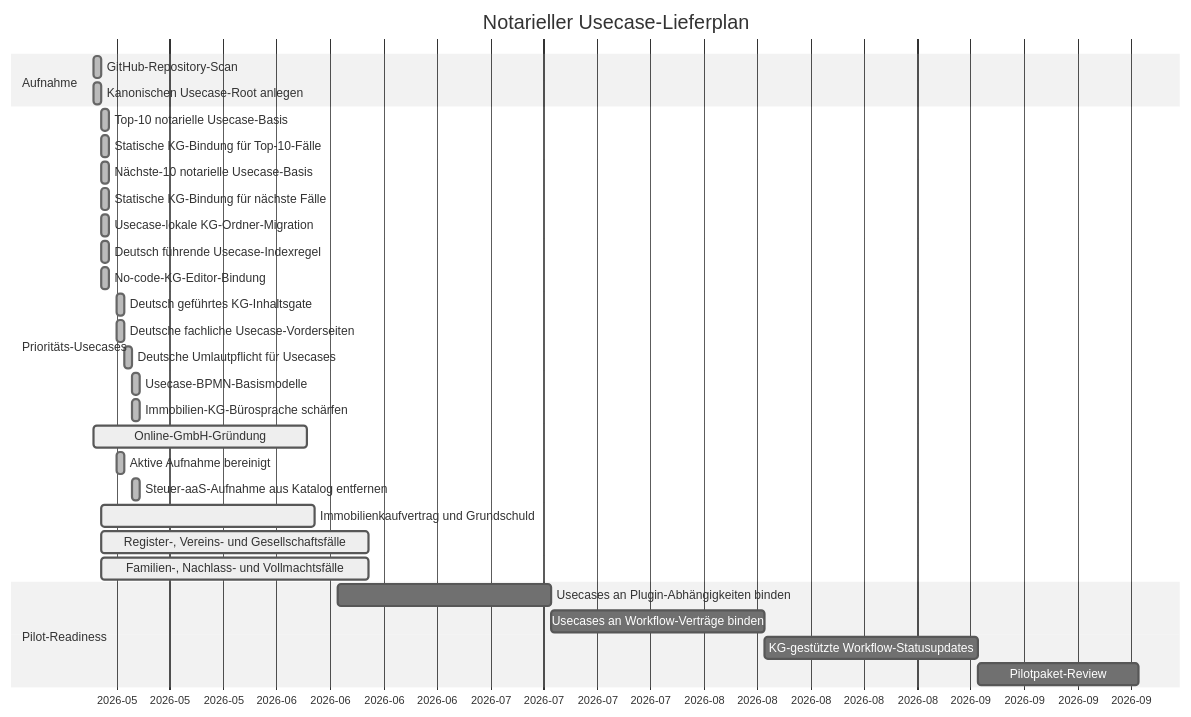
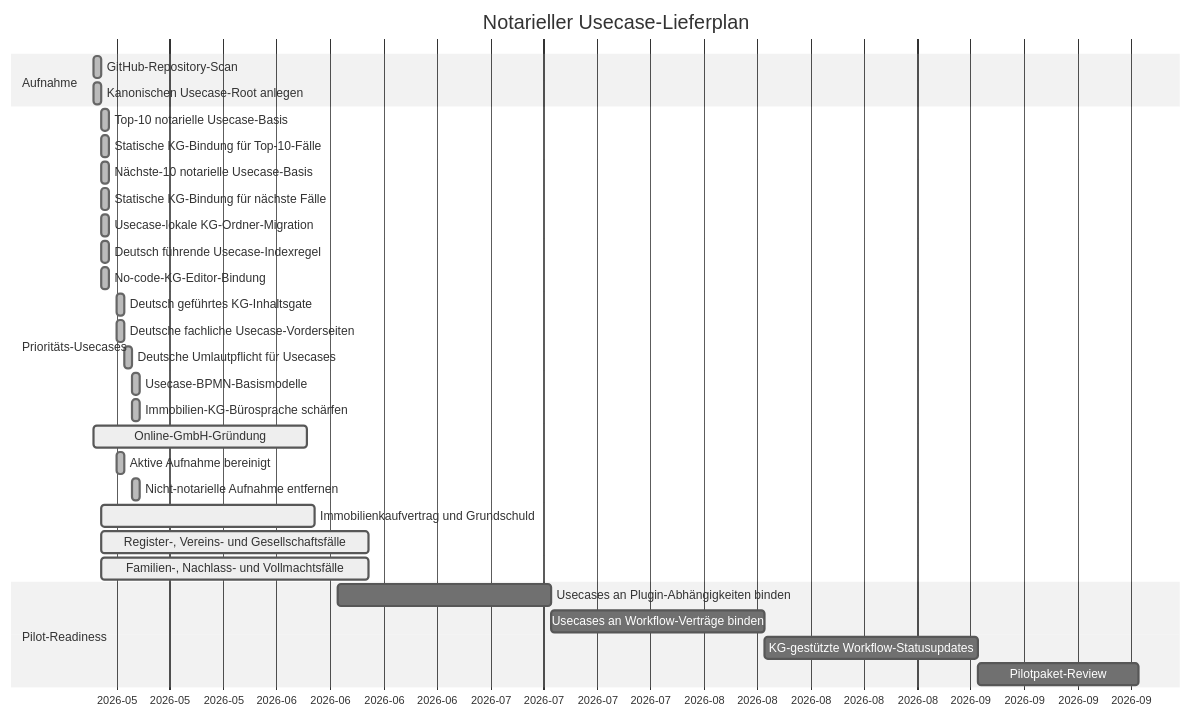
The diagram in usecases/GANTT.md (notariat8/NaC), drawn with Mermaid (neutral theme) before and after one commit. The commit also changed other lines of this file and 175 other files, not shown here.

````diff
--- a/usecases/GANTT.md
+++ b/usecases/GANTT.md
@@ -5,36 +5,36 @@
 ```mermaid
 gantt
     title Notarieller Usecase-Lieferplan
     dateFormat  YYYY-MM-DD
     axisFormat  %Y-%m
 
     section Aufnahme
     GitHub-Repository-Scan                     :done,   u1, 2026-05-14, 1d
     Kanonischen Usecase-Root anlegen           :done,   u2, 2026-05-14, 1d
 
     section Prioritäts-Usecases
     Top-10 notarielle Usecase-Basis            :done,   u3, 2026-05-15, 1d
     Statische KG-Bindung für Top-10-Fälle    :done,   u4, 2026-05-15, 1d
     Nächste-10 notarielle Usecase-Basis       :done,   u5, 2026-05-15, 1d
     Statische KG-Bindung für nächste Fälle  :done,   u6, 2026-05-15, 1d
     Usecase-lokale KG-Ordner-Migration         :done,   u6a, 2026-05-15, 1d
     Deutsch führende Usecase-Indexregel       :done,   u6b, 2026-05-15, 1d
     No-code-KG-Editor-Bindung                  :done,   u6c, 2026-05-15, 1d
     Deutsch geführtes KG-Inhaltsgate          :done,   u6d, 2026-05-17, 1d
     Deutsche fachliche Usecase-Vorderseiten     :done,   u6e, 2026-05-17, 1d
     Deutsche Umlautpflicht für Usecases       :done,   u6f, 2026-05-18, 1d
     Usecase-BPMN-Basismodelle                  :done,   u6g, 2026-05-19, 1d
     Immobilien-KG-Bürosprache schärfen        :done,   u6h, 2026-05-19, 1d
     Online-GmbH-Gründung                      :active, u7, 2026-05-14, 28d
     Aktive Aufnahme bereinigt                  :done,   u8, 2026-05-17, 1d
-    Steuer-aaS-Aufnahme aus Katalog entfernen  :done,   u9, 2026-05-19, 1d
+    Nicht-notarielle Aufnahme entfernen        :done,   u9, 2026-05-19, 1d
     Immobilienkaufvertrag und Grundschuld      :active, u10, 2026-05-15, 28d
     Register-, Vereins- und Gesellschaftsfälle :active, u11, 2026-05-15, 35d
     Familien-, Nachlass- und Vollmachtsfälle  :active, u12, 2026-05-15, 35d
 
     section Pilot-Readiness
     Usecases an Plugin-Abhängigkeiten binden  :        u13, 2026-06-15, 28d
     Usecases an Workflow-Verträge binden      :        u14, after u13, 28d
     KG-gestützte Workflow-Statusupdates       :        u15, after u14, 28d
     Pilotpaket-Review                          :        u16, after u15, 21d
 ```
````
